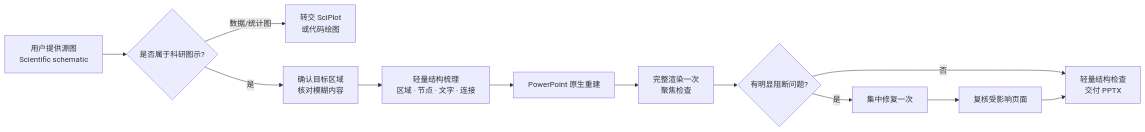
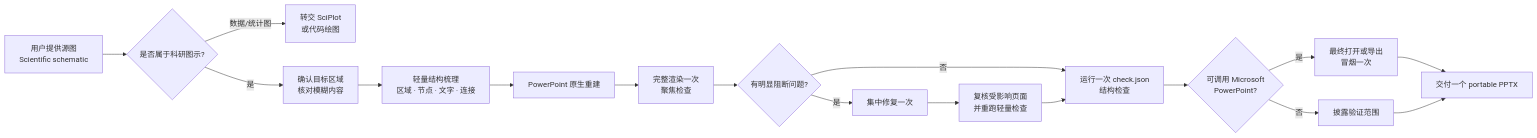
One commit to SciToolsmith/sci-diagram-pptx changed the diagram in README.md. Above: the diagram before and after it, drawn with Mermaid. The commit also changed other lines of this file and 8 other files, not shown here.

Commit message:
Improve cross-platform PowerPoint compatibility

````diff
--- a/README.md
+++ b/README.md
@@ -161,14 +182,19 @@
 ```mermaid
 flowchart LR
     A["用户提供源图<br/>Scientific schematic"] --> B{"是否属于科研图示?"}
     B -->|"数据/统计图"| X["转交 SciPlot<br/>或代码绘图"]
     B -->|"是"| C["确认目标区域<br/>核对模糊内容"]
     C --> D["轻量结构梳理<br/>区域 · 节点 · 文字 · 连接"]
     D --> E["PowerPoint 原生重建"]
     E --> F["完整渲染一次<br/>聚焦检查"]
     F --> G{"有明显阻断问题?"}
-    G -->|"否"| J["轻量结构检查<br/>交付 PPTX"]
+    G -->|"否"| K["运行一次 check.json<br/>结构检查"]
     G -->|"是"| H["集中修复一次"]
-    H --> I["复核受影响页面"]
-    I --> J
+    H --> I["复核受影响页面<br/>并重跑轻量检查"]
+    I --> K
+    K --> N{"可调用 Microsoft<br/>PowerPoint?"}
+    N -->|"是"| M["最终打开或导出<br/>冒烟一次"]
+    N -->|"否"| V["披露验证范围"]
+    M --> J["交付一个 portable PPTX"]
+    V --> J
 ```
````
